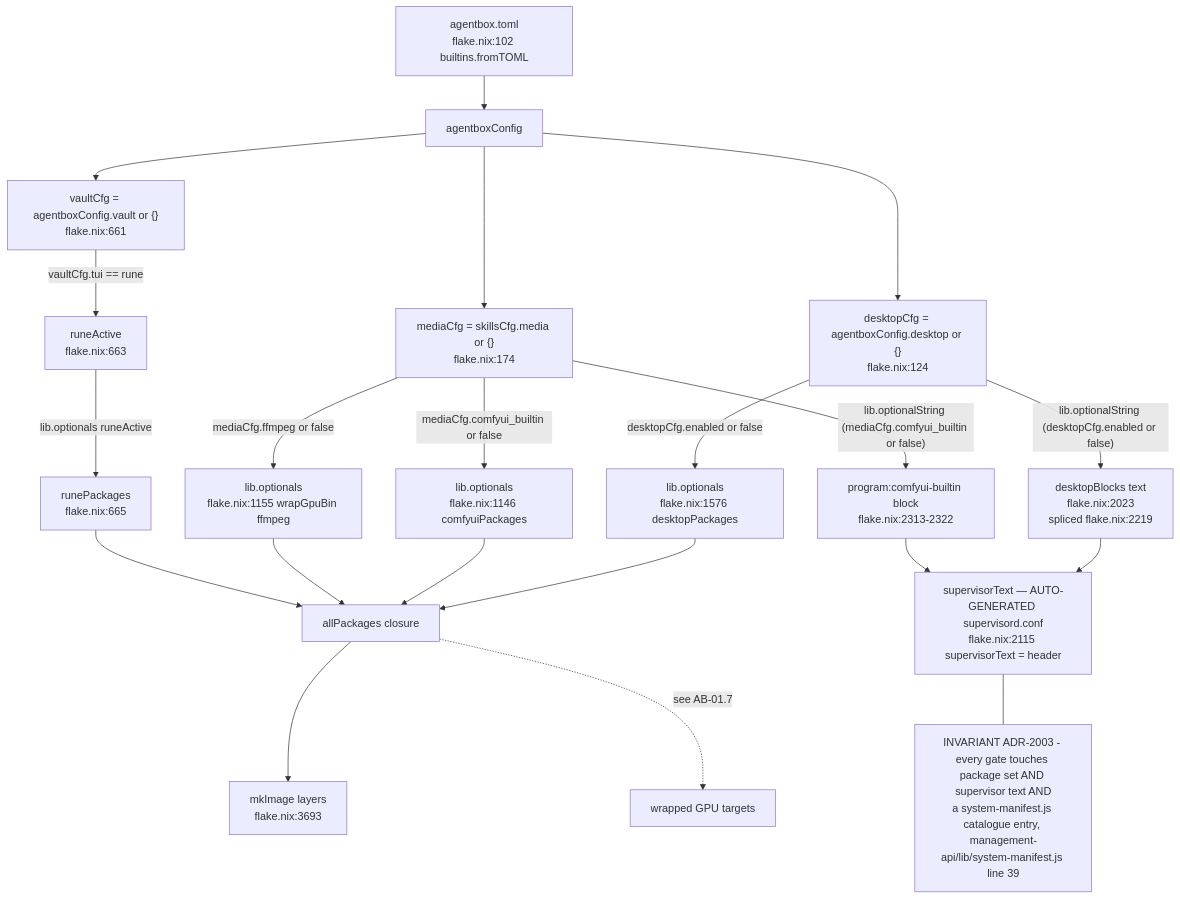
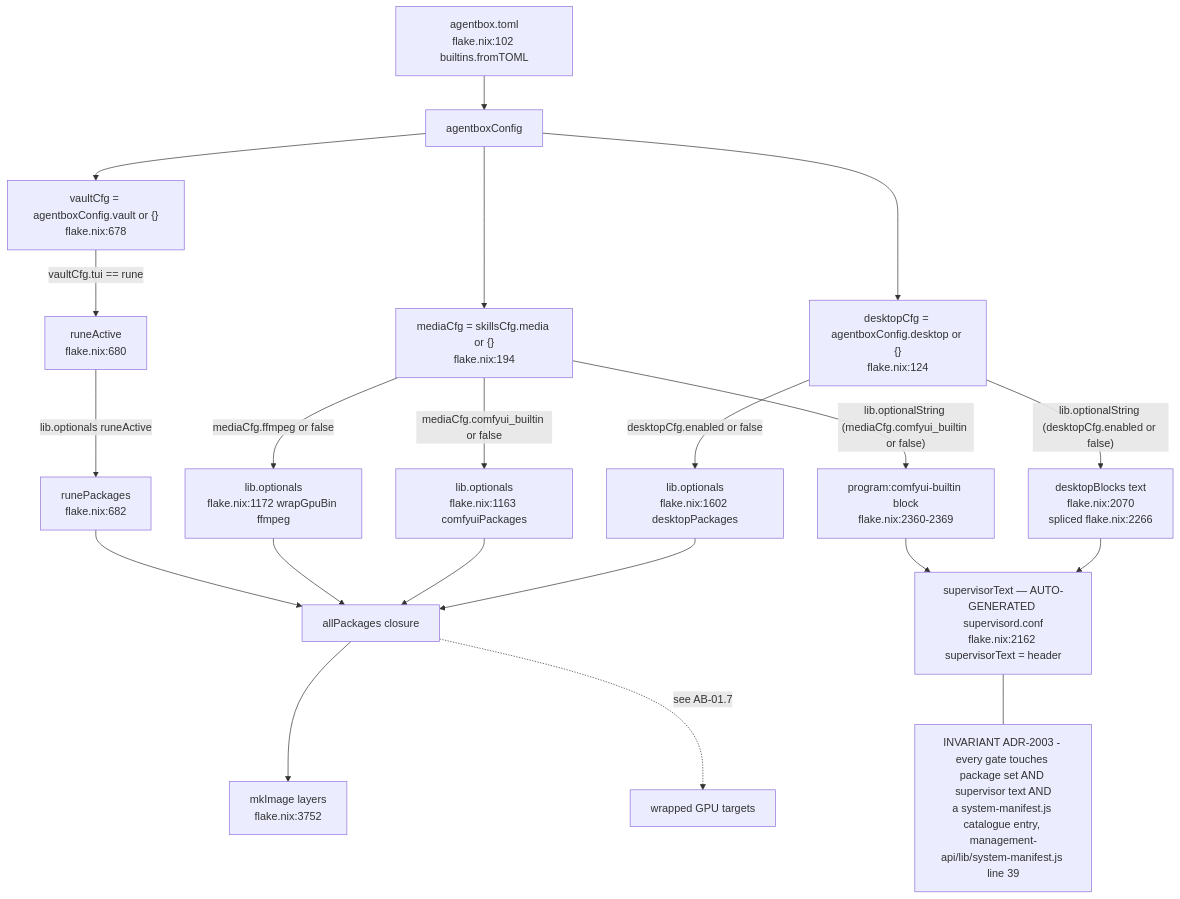
One commit to DreamLab-AI/VisionFlow changed the first of 11 diagrams in docs/diagrams/agentbox/01-nix-flake-composition.md. Above: the diagram before and after it, drawn with Mermaid. The commit also changed other lines of this file and 28 other files, not shown here.

````diff
--- a/docs/diagrams/agentbox/01-nix-flake-composition.md
+++ b/docs/diagrams/agentbox/01-nix-flake-composition.md
@@ -30,30 +30,30 @@
 ```mermaid
 flowchart TB
     TOML["agentbox.toml<br/>flake.nix:102 builtins.fromTOML"] --> CFG["agentboxConfig"]
     CFG --> DESK["desktopCfg = agentboxConfig.desktop or {}<br/>flake.nix:124"]
-    CFG --> MEDIA["mediaCfg = skillsCfg.media or {}<br/>flake.nix:174"]
-    CFG --> VAULT["vaultCfg = agentboxConfig.vault or {}<br/>flake.nix:661"]
+    CFG --> MEDIA["mediaCfg = skillsCfg.media or {}<br/>flake.nix:194"]
+    CFG --> VAULT["vaultCfg = agentboxConfig.vault or {}<br/>flake.nix:678"]
 
-    DESK -->|"desktopCfg.enabled or false"| DESKOPT["lib.optionals<br/>flake.nix:1576 desktopPackages"]
-    MEDIA -->|"mediaCfg.comfyui_builtin or false"| COMFYOPT["lib.optionals<br/>flake.nix:1146 comfyuiPackages"]
-    MEDIA -->|"mediaCfg.ffmpeg or false"| FFOPT["lib.optionals<br/>flake.nix:1155 wrapGpuBin ffmpeg"]
-    VAULT -->|"vaultCfg.tui == rune"| RUNEOPT["runeActive<br/>flake.nix:663"]
+    DESK -->|"desktopCfg.enabled or false"| DESKOPT["lib.optionals<br/>flake.nix:1602 desktopPackages"]
+    MEDIA -->|"mediaCfg.comfyui_builtin or false"| COMFYOPT["lib.optionals<br/>flake.nix:1163 comfyuiPackages"]
+    MEDIA -->|"mediaCfg.ffmpeg or false"| FFOPT["lib.optionals<br/>flake.nix:1172 wrapGpuBin ffmpeg"]
+    VAULT -->|"vaultCfg.tui == rune"| RUNEOPT["runeActive<br/>flake.nix:680"]
 
     DESKOPT --> ALLPKG["allPackages closure"]
     COMFYOPT --> ALLPKG
     FFOPT --> ALLPKG
-    RUNEOPT -->|"lib.optionals runeActive"| RUNEPKG["runePackages<br/>flake.nix:665"]
+    RUNEOPT -->|"lib.optionals runeActive"| RUNEPKG["runePackages<br/>flake.nix:682"]
     RUNEPKG --> ALLPKG
 
-    DESK -->|"lib.optionalString (desktopCfg.enabled or false)"| DESKSUP["desktopBlocks text<br/>flake.nix:2023<br/>spliced flake.nix:2219"]
-    MEDIA -->|"lib.optionalString (mediaCfg.comfyui_builtin or false)"| COMFYSUP["program:comfyui-builtin block<br/>flake.nix:2313-2322"]
+    DESK -->|"lib.optionalString (desktopCfg.enabled or false)"| DESKSUP["desktopBlocks text<br/>flake.nix:2070<br/>spliced flake.nix:2266"]
+    MEDIA -->|"lib.optionalString (mediaCfg.comfyui_builtin or false)"| COMFYSUP["program:comfyui-builtin block<br/>flake.nix:2360-2369"]
 
-    DESKSUP --> SUPTEXT["supervisorText — AUTO-GENERATED supervisord.conf<br/>flake.nix:2115 supervisorText = header"]
+    DESKSUP --> SUPTEXT["supervisorText — AUTO-GENERATED supervisord.conf<br/>flake.nix:2162 supervisorText = header"]
     COMFYSUP --> SUPTEXT
-    ALLPKG --> MKIMAGE["mkImage layers<br/>flake.nix:3693"]
+    ALLPKG --> MKIMAGE["mkImage layers<br/>flake.nix:3752"]
 
     ALLPKG -.->|"see AB-01.7"| WRAPTGT["wrapped GPU targets"]
 
     note1["INVARIANT ADR-2003 - every gate touches package set AND supervisor text AND<br/>a system-manifest.js catalogue entry, management-api/lib/system-manifest.js line 39"]
     SUPTEXT --- note1
 ```
````
